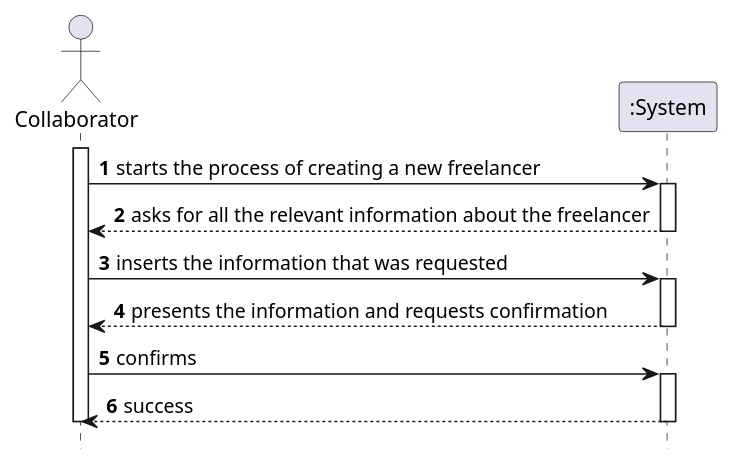
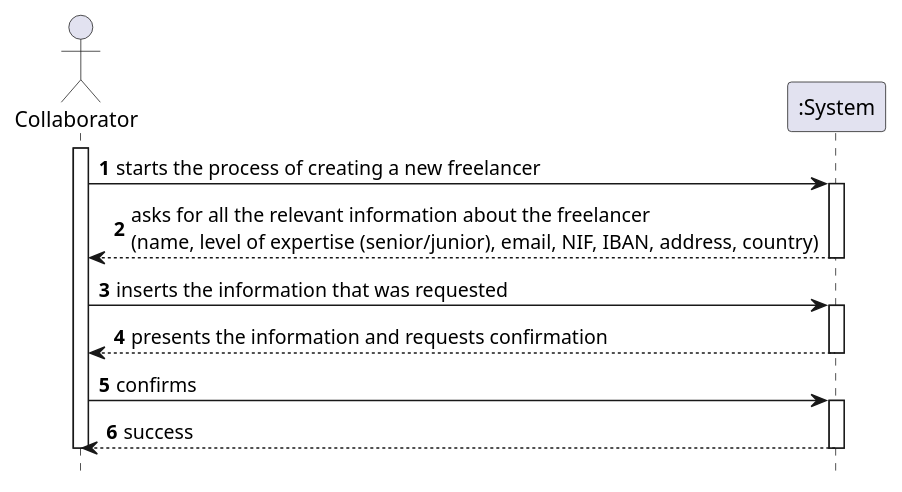
One commit to botelho-io/lapr2-2020-g029 changed the diagram in docs/UC_03/SSD.puml. Above: the diagram before and after it, drawn with PlantUML. The commit also changed 8 other files, not shown here.

```diff
--- a/docs/UC_03/SSD.puml
+++ b/docs/UC_03/SSD.puml
@@ -1,29 +1,29 @@
 @startuml SSD
 hide footbox
 autonumber
 actor "Collaborator" as C
 participant ":System" as S
 
 ' The collaborator starts the process of creating a new freelancer.
 ' The system asks for all the relevant information of the freelancer.
 ' The collaborator inserts the information that was requested.
 ' The system presents the information and requests confirmation.
 ' The collaborator confirms.
 ' The systems validates the data introduced, stores it and informs the user of the success of the operation.
 
 activate C
         C -> S : starts the process of creating a new freelancer
         activate S
-                S --> C: asks for all the relevant information about the freelancer
+                S --> C: asks for all the relevant information about the freelancer\n(name, level of expertise (senior/junior), email, NIF, IBAN, address, country)
         deactivate S
         C -> S : inserts the information that was requested
         activate S
                 S --> C:  presents the information and requests confirmation
         deactivate S
         C -> S : confirms
         activate S
                 S --> C: success
         deactivate S
 deactivate C
 
 @enduml
```
